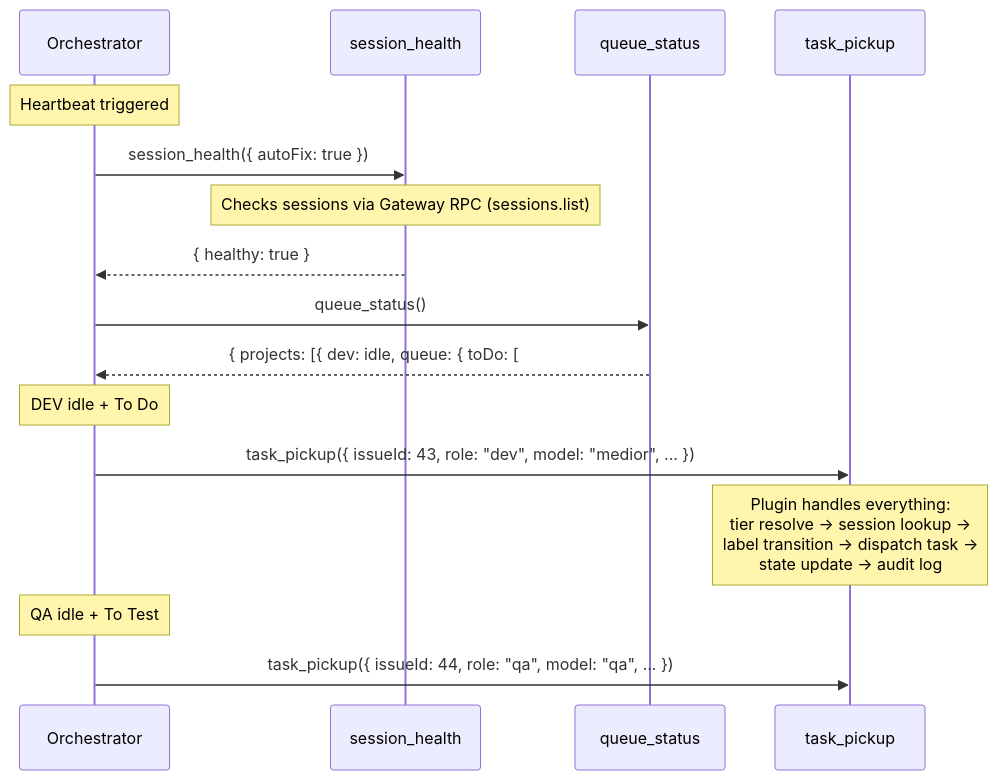
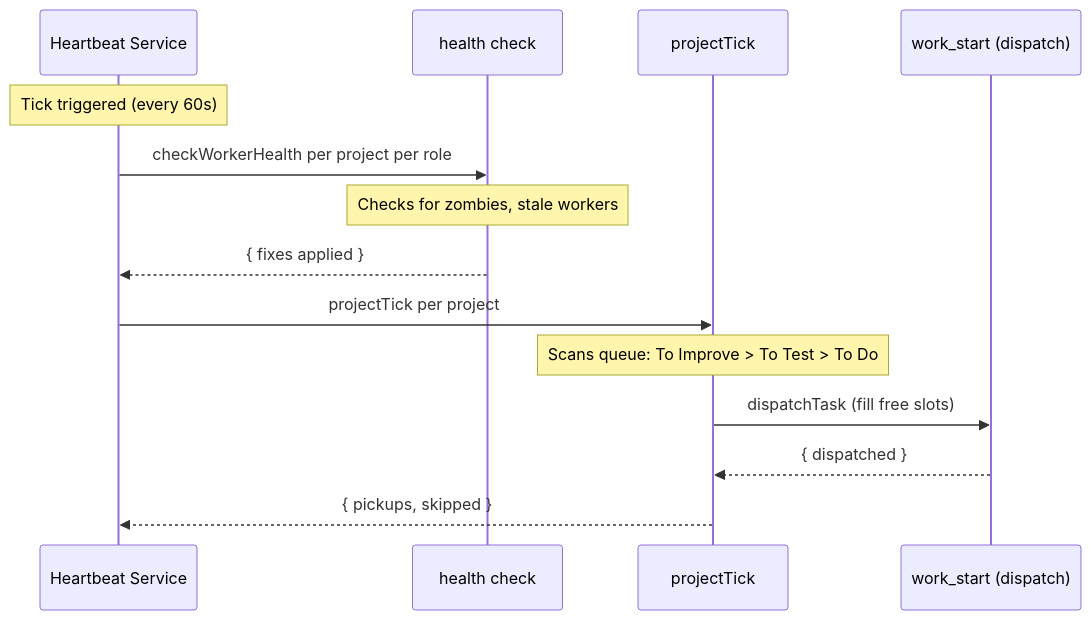
Before and after one commit to StrongheartedX/devclaw: the ninth of 10 diagrams in docs/ARCHITECTURE.md, drawn with Mermaid. The commit also changed other lines of this file and 10 other files, not shown here.

````diff
--- a/docs/ARCHITECTURE.md
+++ b/docs/ARCHITECTURE.md
@@ -429,22 +429,18 @@
 ```mermaid
 sequenceDiagram
-    participant A as Orchestrator
-    participant SH as session_health
-    participant QS as queue_status
-    participant TP as task_pickup
-    Note over A: Heartbeat triggered
+    participant HB as Heartbeat Service
+    participant SH as health check
+    participant TK as projectTick
+    participant WS as work_start (dispatch)
+    Note over HB: Tick triggered (every 60s)
 
-    A->>SH: session_health({ autoFix: true })
-    Note over SH: Checks sessions via Gateway RPC (sessions.list)
-    SH-->>A: { healthy: true }
+    HB->>SH: checkWorkerHealth per project per role
+    Note over SH: Checks for zombies, stale workers
+    SH-->>HB: { fixes applied }
 
-    A->>QS: queue_status()
-    QS-->>A: { projects: [{ dev: idle, queue: { toDo: [#43], toTest: [#44] } }] }
-
-    Note over A: DEV idle + To Do #43 → assign medior
-    A->>TP: task_pickup({ issueId: 43, role: "dev", model: "medior", ... })
-    Note over TP: Plugin handles everything:<br/>tier resolve → session lookup →<br/>label transition → dispatch task →<br/>state update → audit log
-
-    Note over A: QA idle + To Test #44 → assign qa
-    A->>TP: task_pickup({ issueId: 44, role: "qa", model: "qa", ... })
+    HB->>TK: projectTick per project
+    Note over TK: Scans queue: To Improve > To Test > To Do
+    TK->>WS: dispatchTask (fill free slots)
+    WS-->>TK: { dispatched }
+    TK-->>HB: { pickups, skipped }
 ```
````
